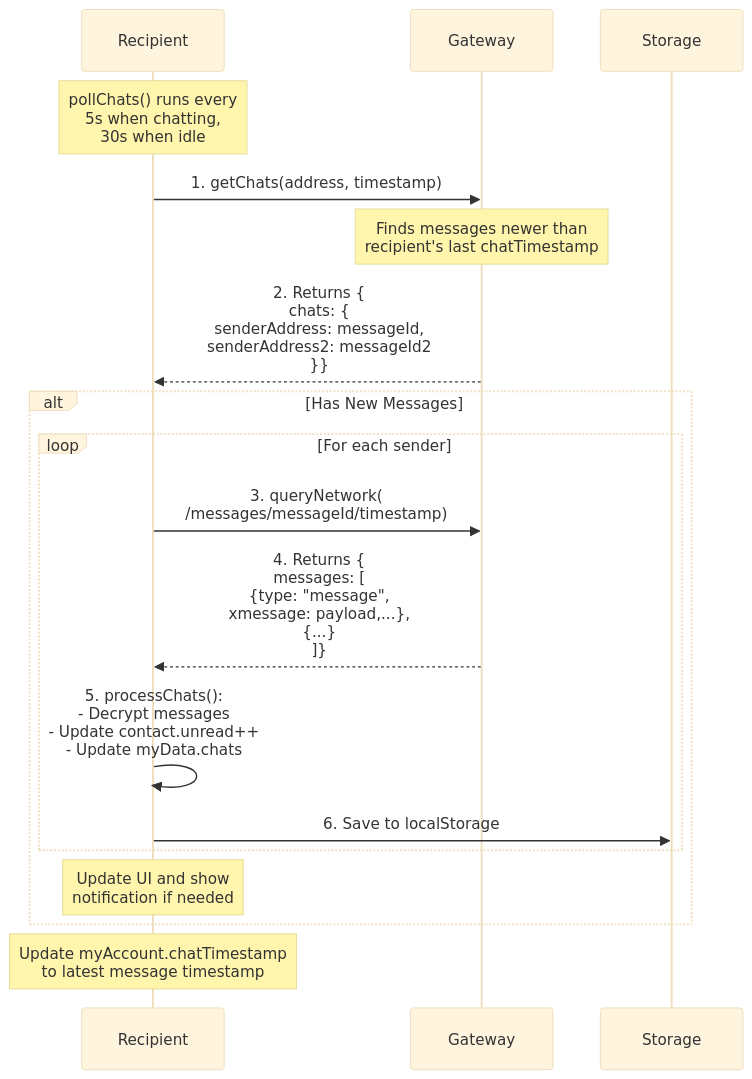
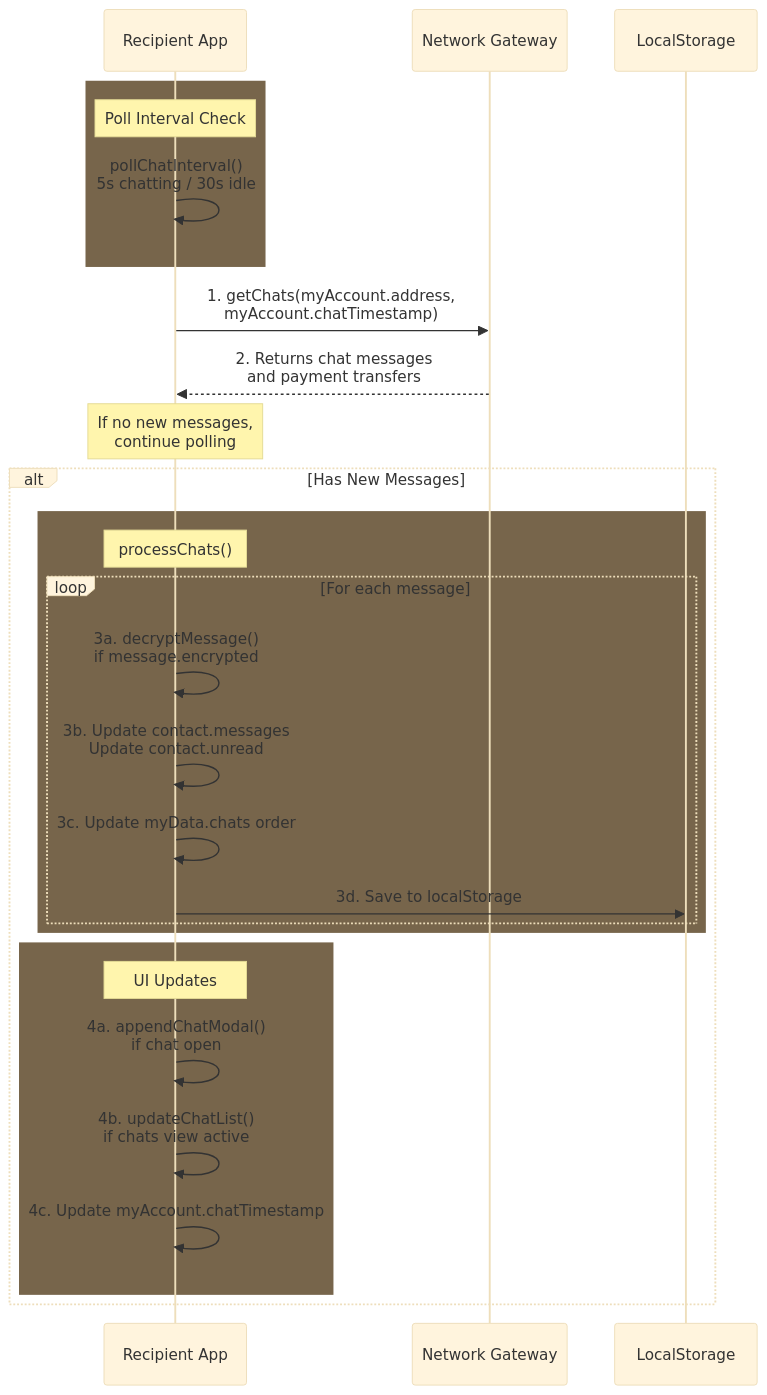
Before and after one commit to silver83p/web-client-v2: the third of 4 diagrams in data_structures_flow/message-data-structures.md, drawn with Mermaid (base theme). The commit also changed other lines of this file, not shown here.

First line of the commit message:
Update message flow documentation with enhanced sequence diagrams

````diff
--- a/data_structures_flow/message-data-structures.md
+++ b/data_structures_flow/message-data-structures.md
@@ -120,27 +127,35 @@
 ```mermaid
 sequenceDiagram
-    participant Recipient
-    participant Gateway
-    participant Storage
+    participant App as Recipient App
+    participant Gateway as Network Gateway
+    participant DB as LocalStorage
 
-    Note over Recipient: pollChats() runs every<br/>5s when chatting,<br/>30s when idle
+    rect rgb(119, 101, 75)
+        Note over App: Poll Interval Check
+        App->>App: pollChatInterval()<br/>5s chatting / 30s idle
+    end
 
-    Recipient->>Gateway: 1. getChats(address, timestamp)
-    Note over Gateway: Finds messages newer than<br/>recipient's last chatTimestamp
+    App->>Gateway: 1. getChats(myAccount.address,<br/>myAccount.chatTimestamp)
+    Gateway-->>App: 2. Returns chat messages<br/>and payment transfers
 
-    Gateway-->>Recipient: 2. Returns {<br/>chats: {<br/>  senderAddress: messageId,<br/>  senderAddress2: messageId2<br/>}}
+    Note over App: If no new messages,<br/>continue polling
 
     alt Has New Messages
-        loop For each sender
-            Recipient->>Gateway: 3. queryNetwork(<br/>/messages/messageId/timestamp)
-            Gateway-->>Recipient: 4. Returns {<br/>messages: [<br/>  {type: "message",<br/>   xmessage: payload,...},<br/>  {...}<br/>]}
+        rect rgb(119, 101, 75)
+            Note over App: processChats()
+            loop For each message
+                App->>App: 3a. decryptMessage()<br/>if message.encrypted
+                App->>App: 3b. Update contact.messages<br/>Update contact.unread
+                App->>App: 3c. Update myData.chats order
+                App->>DB: 3d. Save to localStorage
+            end
+        end
 
-            Recipient->>Recipient: 5. processChats():<br/>- Decrypt messages<br/>- Update contact.unread++<br/>- Update myData.chats
-
-            Recipient->>Storage: 6. Save to localStorage
+        rect rgb(119, 101, 75)
+            Note over App: UI Updates
+            App->>App: 4a. appendChatModal()<br/>if chat open
+            App->>App: 4b. updateChatList()<br/>if chats view active
+            App->>App: 4c. Update myAccount.chatTimestamp
         end
-        Note over Recipient: Update UI and show<br/>notification if needed
     end
-
-    Note over Recipient: Update myAccount.chatTimestamp<br/>to latest message timestamp
 ```
````
